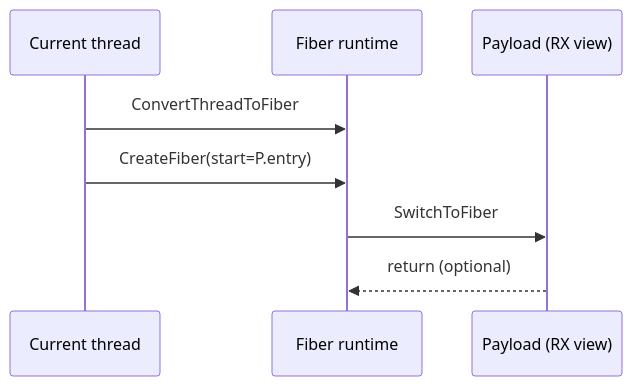
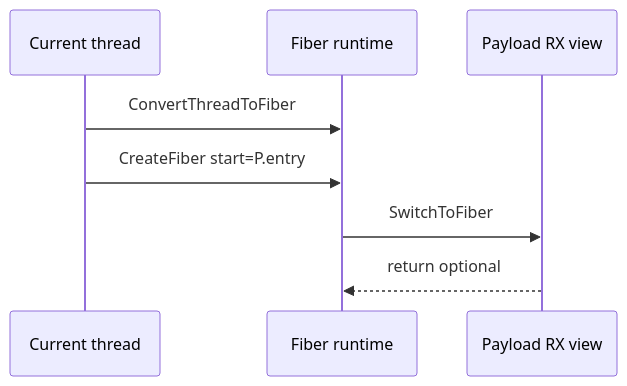
One commit to SilentStrikeLab/silentstrikelab.github.io changed the fourth of 5 diagrams in _posts/2025-09-15-Advanced-Evasion-in-Rust-ArtifactKit.md. Above: the diagram before and after it, drawn with Mermaid. The commit also changed other lines of this file, not shown here.

````diff
--- a/_posts/2025-09-15-Advanced-Evasion-in-Rust-ArtifactKit.md
+++ b/_posts/2025-09-15-Advanced-Evasion-in-Rust-ArtifactKit.md
@@ -187,11 +187,11 @@
 ```mermaid
 sequenceDiagram
   participant T as Current thread
   participant F as Fiber runtime
-  participant P as Payload (RX view)
+  participant P as Payload RX view
 
   T->>F: ConvertThreadToFiber
-  T->>F: CreateFiber(start=P.entry)
+  T->>F: CreateFiber start=P.entry
   F->>P: SwitchToFiber
-  P-->>F: return (optional)
+  P-->>F: return optional
 ```
````
